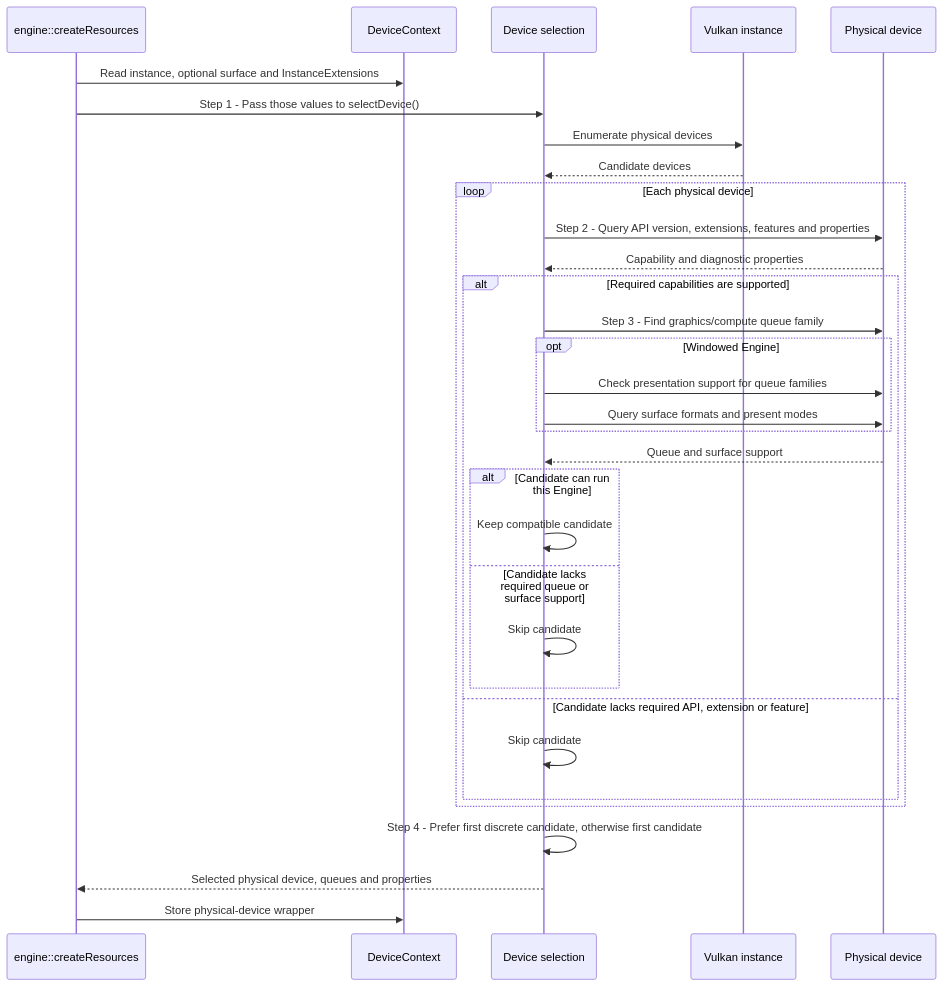
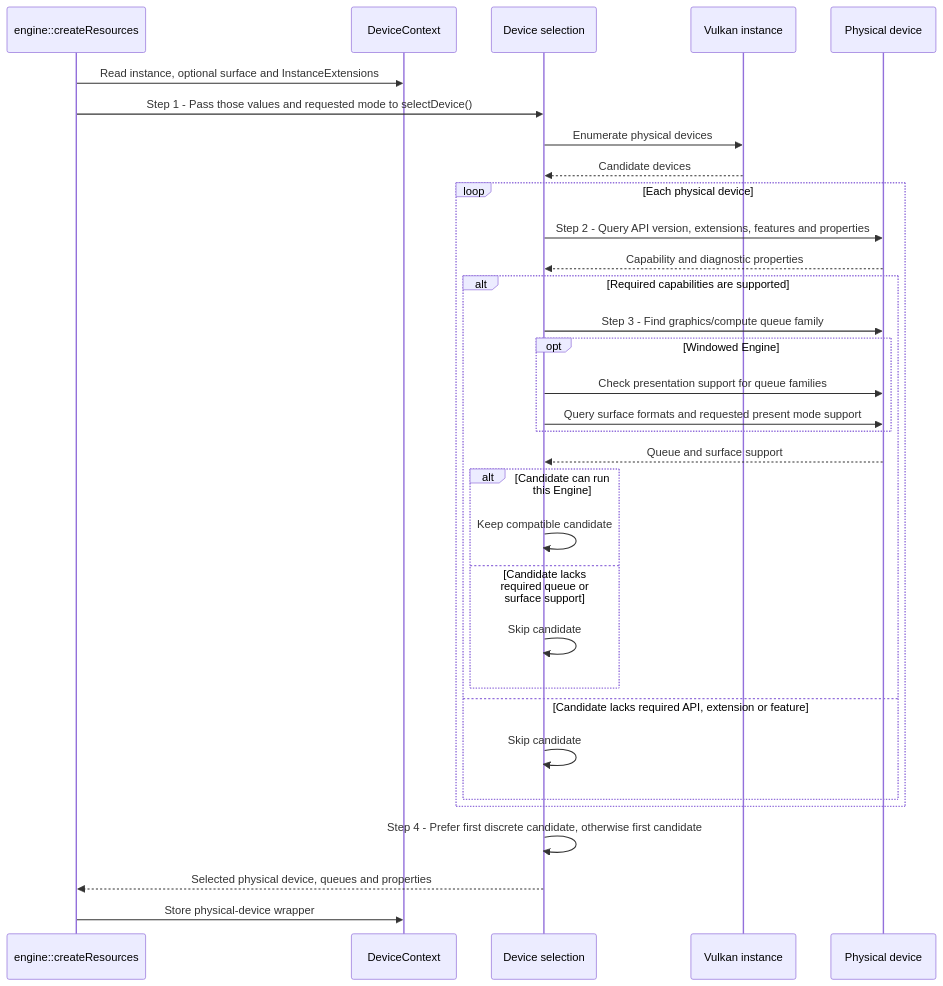
Before and after one commit to a-soltysik/Panda: the diagram in docs/use-cases/select-vulkan-device.md, drawn with Mermaid. The commit also changed other lines of this file and 60 other files, not shown here.

Commit message:
Add presentation modes and configurable lighting benchmarks (#135)

````diff
--- a/docs/use-cases/select-vulkan-device.md
+++ b/docs/use-cases/select-vulkan-device.md
@@ -55,34 +57,34 @@
 ```mermaid
 sequenceDiagram
     participant C as engine::createResources
     participant X as DeviceContext
     participant S as Device selection
     participant I as Vulkan instance
     participant D as Physical device
-    C->>X: Read instance, optional surface and InstanceExtensions
-    C->>S: Step 1 - Pass those values to selectDevice()
-    S->>I: Enumerate physical devices
-    I-->>S: Candidate devices
+    C ->> X: Read instance, optional surface and InstanceExtensions
+    C ->> S: Step 1 - Pass those values and requested mode to selectDevice()
+    S ->> I: Enumerate physical devices
+    I -->> S: Candidate devices
     loop Each physical device
-        S->>D: Step 2 - Query API version, extensions, features and properties
-        D-->>S: Capability and diagnostic properties
+        S ->> D: Step 2 - Query API version, extensions, features and properties
+        D -->> S: Capability and diagnostic properties
         alt Required capabilities are supported
-            S->>D: Step 3 - Find graphics/compute queue family
+            S ->> D: Step 3 - Find graphics/compute queue family
             opt Windowed Engine
-                S->>D: Check presentation support for queue families
-                S->>D: Query surface formats and present modes
+                S ->> D: Check presentation support for queue families
+                S ->> D: Query surface formats and requested present mode support
             end
-            D-->>S: Queue and surface support
+            D -->> S: Queue and surface support
             alt Candidate can run this Engine
-                S->>S: Keep compatible candidate
+                S ->> S: Keep compatible candidate
             else Candidate lacks required queue or surface support
-                S->>S: Skip candidate
+                S ->> S: Skip candidate
             end
         else Candidate lacks required API, extension or feature
-            S->>S: Skip candidate
+            S ->> S: Skip candidate
         end
     end
-    S->>S: Step 4 - Prefer first discrete candidate, otherwise first candidate
-    S-->>C: Selected physical device, queues and properties
-    C->>X: Store physical-device wrapper
+    S ->> S: Step 4 - Prefer first discrete candidate, otherwise first candidate
+    S -->> C: Selected physical device, queues and properties
+    C ->> X: Store physical-device wrapper
 ```
````
